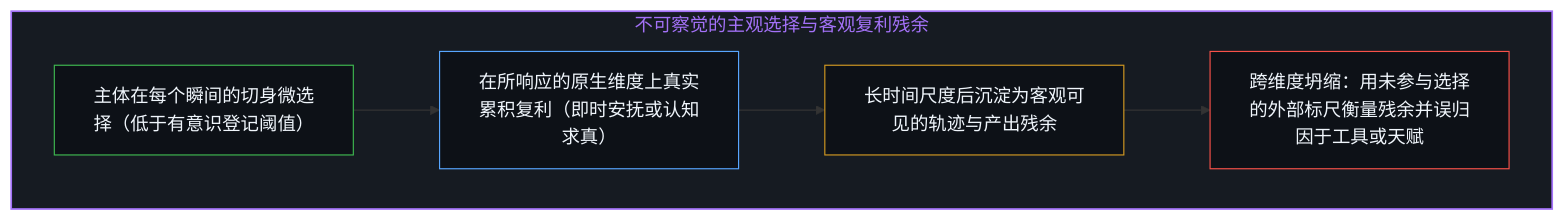
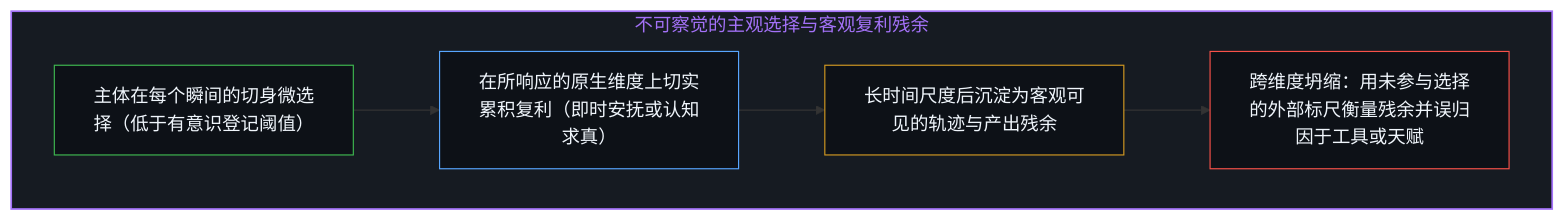
Before and after one commit to powerpig99/not-a-toe: the first of 4 diagrams in content/posts/the_illegible_compound_retraced.md, drawn with Mermaid. The commit also changed other lines of this file and 6 other files, not shown here.

````diff
--- a/content/posts/the_illegible_compound_retraced.md
+++ b/content/posts/the_illegible_compound_retraced.md
@@ -21,13 +21,13 @@
 ```mermaid
 graph TD
     subgraph S_Compound["不可察觉的主观选择与客观复利残余"]
-        C1["主体在每个瞬间的切身微选择（低于有意识登记阈值）"] --> C2["在所响应的原生维度上真实累积复利（即时安抚或认知求真）"]
+        C1["主体在每个瞬间的切身微选择（低于有意识登记阈值）"] --> C2["在所响应的原生维度上切实累积复利（即时安抚或认知求真）"]
         C2 --> C3["长时间尺度后沉淀为客观可见的轨迹与产出残余"]
         C3 --> C4["跨维度坍缩：用未参与选择的外部标尺衡量残余并误归因于工具或天赋"]
     end
     style S_Compound fill:#161b22,stroke:#a371f7,stroke-width:1.5px,color:#a371f7
     style C1 fill:#0d1117,stroke:#3fb950,stroke-width:1px,color:#f0f6fc
     style C2 fill:#0d1117,stroke:#58a6ff,stroke-width:1px,color:#f0f6fc
     style C3 fill:#0d1117,stroke:#d29922,stroke-width:1px,color:#f0f6fc
     style C4 fill:#0d1117,stroke:#f85149,stroke-width:1px,color:#f0f6fc
 ```
````
